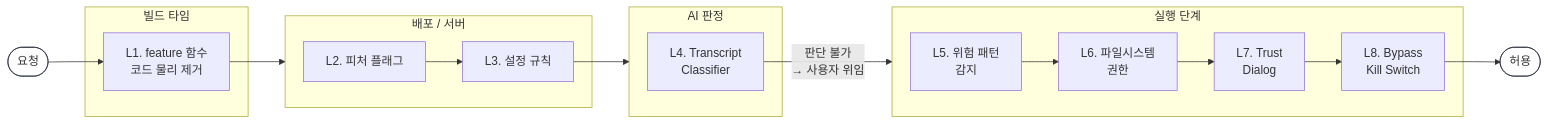
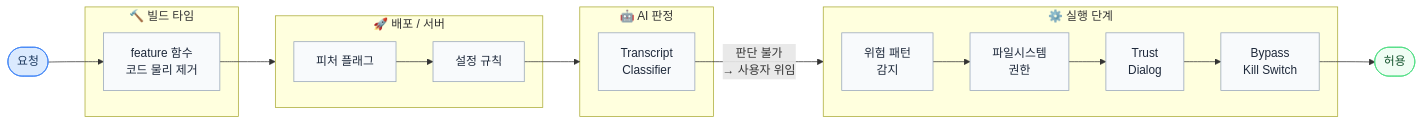
Before and after one commit to currenjin/currenjin.github.io: the sixth of 9 diagrams in _wiki/claude-code.md, drawn with Mermaid. The commit also changed other lines of this file and 1 other file, not shown here.

Commit message:
style: Apply color-coded classDef and smooth curves to all diagrams

````diff
--- a/_wiki/claude-code.md
+++ b/_wiki/claude-code.md
@@ -284,33 +290,34 @@
 ```mermaid
 flowchart LR
-    REQ([요청]) --> L1
+    classDef req  fill:#DBEAFE,stroke:#3B82F6,color:#1e3a5f
+    classDef ok   fill:#F0FDF4,stroke:#4ADE80,color:#14532d
+    classDef node fill:#F8FAFC,stroke:#94A3B8,color:#1e293b
 
-    subgraph BUILD ["빌드 타임"]
-        L1[L1. feature 함수\n코드 물리 제거]
+    REQ([요청]):::req --> L1
+
+    subgraph BUILD ["🔨 빌드 타임"]
+        L1[feature 함수\n코드 물리 제거]:::node
     end
 
-    subgraph DEPLOY ["배포 / 서버"]
-        L2[L2. 피처 플래그]
-        L3[L3. 설정 규칙]
+    subgraph DEPLOY ["🚀 배포 / 서버"]
+        L2[피처 플래그]:::node
+        L3[설정 규칙]:::node
     end
 
-    subgraph RUNTIME ["AI 판정"]
-        L4[L4. Transcript\nClassifier]
+    subgraph RUNTIME ["🤖 AI 판정"]
+        L4[Transcript\nClassifier]:::node
     end
 
-    subgraph EXEC ["실행 단계"]
-        L5[L5. 위험 패턴\n감지]
-        L6[L6. 파일시스템\n권한]
-        L7[L7. Trust\nDialog]
-        L8[L8. Bypass\nKill Switch]
+    subgraph EXEC ["⚙️ 실행 단계"]
+        L5[위험 패턴\n감지]:::node
+        L6[파일시스템\n권한]:::node
+        L7[Trust\nDialog]:::node
+        L8[Bypass\nKill Switch]:::node
     end
 
     L1 --> DEPLOY
     L2 --> L3 --> RUNTIME
     L4 -->|판단 불가\n→ 사용자 위임| EXEC
     L5 --> L6 --> L7 --> L8
-    L8 --> OK([허용])
-
-    style REQ fill:transparent,stroke:#111827
-    style OK fill:transparent,stroke:#111827
+    L8 --> OK([허용]):::ok
 ```
````
